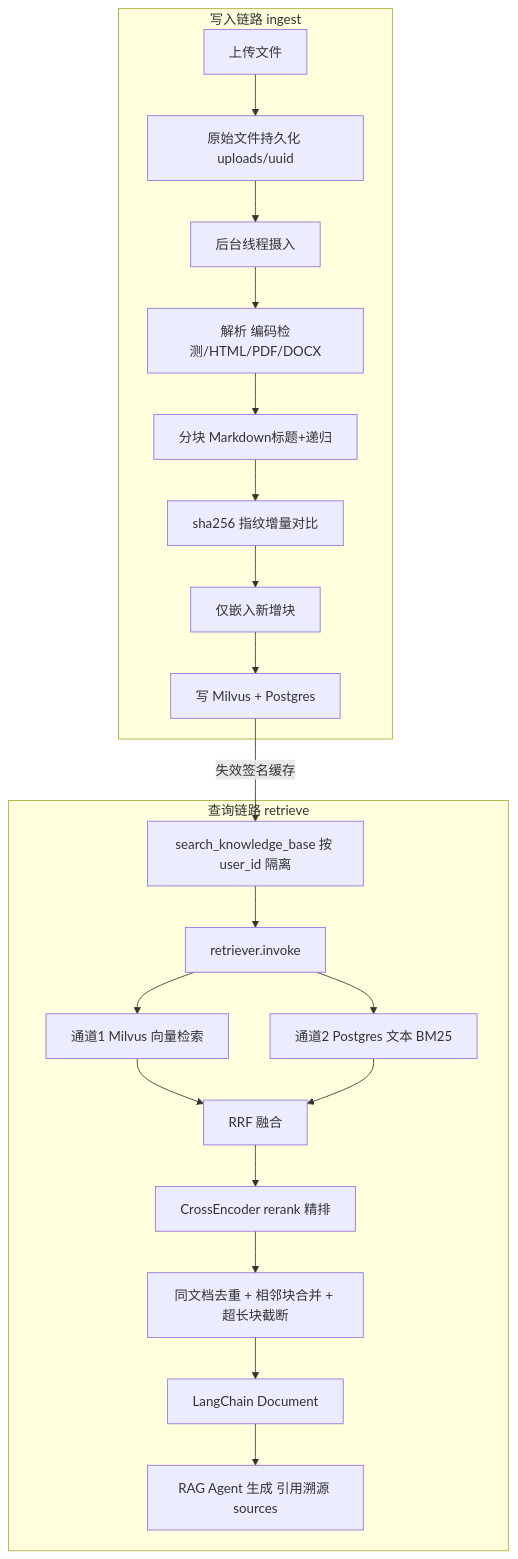
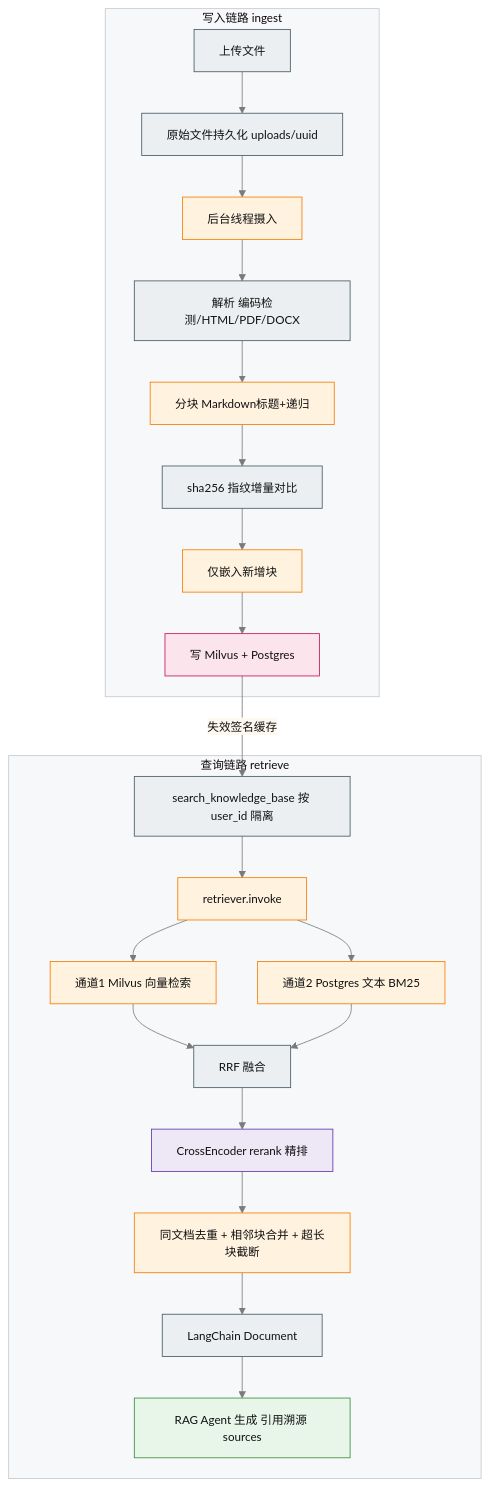
The diagram in docs/RAG_DESIGN_ANALYSIS.md (Zhuliqx/Agentchat), drawn with Mermaid before and after one commit. The commit also changed 5 other files, not shown here.

Commit message:
优化mermaid图

````diff
--- a/docs/RAG_DESIGN_ANALYSIS.md
+++ b/docs/RAG_DESIGN_ANALYSIS.md
@@ -34,24 +34,30 @@
 ```mermaid
+%%{init: {"theme":"base", "themeVariables": {"primaryColor":"#ecf3ff", "primaryBorderColor":"#3b6fd4", "primaryTextColor":"#111", "lineColor":"#7a7a7a", "fontSize":"14px", "clusterBkg":"#f7f8fa", "clusterBorder":"#c4c9d2", "secondaryColor":"#fef9ef", "tertiaryColor":"#f2f7f2", "actorBkg":"#ecf3ff", "actorBorder":"#3b6fd4", "noteBkg":"#fef9ef"}}}%%
 flowchart TB
+    classDef agent fill:#e8f5e9,stroke:#388e3c
+    classDef api fill:#ede7f6,stroke:#5e35b1
+    classDef mem fill:#fce4ec,stroke:#c2185b
+    classDef rag fill:#fff3e0,stroke:#f57c00
+    classDef tool fill:#eceff1,stroke:#455a64
     subgraph ingest[写入链路 ingest]
-        A[上传文件] --> B[原始文件持久化 uploads/uuid]
-        B --> C[后台线程摄入]
-        C --> D[解析 编码检测/HTML/PDF/DOCX]
-        D --> E[分块 Markdown标题+递归]
-        E --> F[sha256 指纹增量对比]
-        F --> G[仅嵌入新增块]
-        G --> H[写 Milvus + Postgres]
+        A[上传文件]:::tool --> B[原始文件持久化 uploads/uuid]:::tool
+        B --> C[后台线程摄入]:::rag
+        C --> D[解析 编码检测/HTML/PDF/DOCX]:::tool
+        D --> E[分块 Markdown标题+递归]:::rag
+        E --> F[sha256 指纹增量对比]:::tool
+        F --> G[仅嵌入新增块]:::rag
+        G --> H[写 Milvus + Postgres]:::mem
     end
     H -->|失效签名缓存| I
     subgraph retrieve[查询链路 retrieve]
-        I[search_knowledge_base 按 user_id 隔离] --> J[retriever.invoke]
-        J --> K[通道1 Milvus 向量检索]
-        J --> L[通道2 Postgres 文本 BM25]
-        K --> M[RRF 融合]
+        I[search_knowledge_base 按 user_id 隔离]:::tool --> J[retriever.invoke]:::rag
+        J --> K[通道1 Milvus 向量检索]:::rag
+        J --> L[通道2 Postgres 文本 BM25]:::rag
+        K --> M[RRF 融合]:::tool
         L --> M
-        M --> N[CrossEncoder rerank 精排]
-        N --> O[同文档去重 + 相邻块合并 + 超长块截断]
-        O --> P[LangChain Document]
-        P --> Q[RAG Agent 生成 引用溯源 sources]
+        M --> N[CrossEncoder rerank 精排]:::api
+        N --> O[同文档去重 + 相邻块合并 + 超长块截断]:::rag
+        O --> P[LangChain Document]:::tool
+        P --> Q[RAG Agent 生成 引用溯源 sources]:::agent
     end
 ```
````
